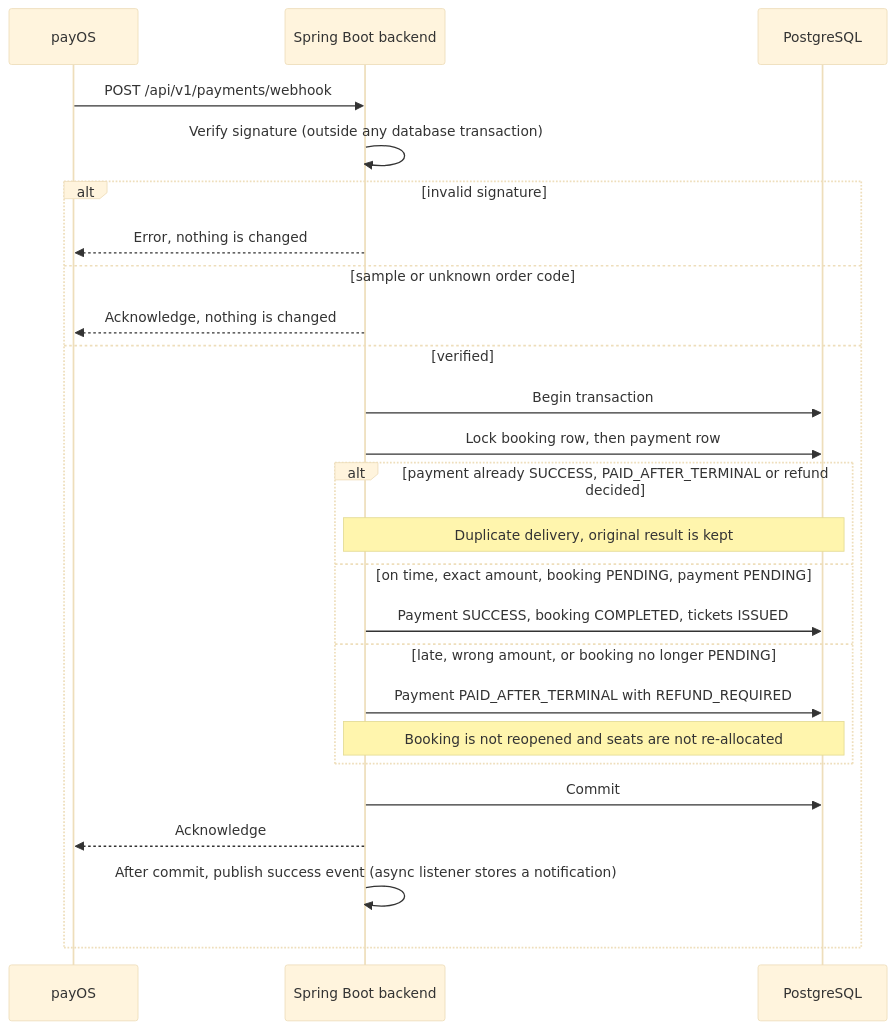
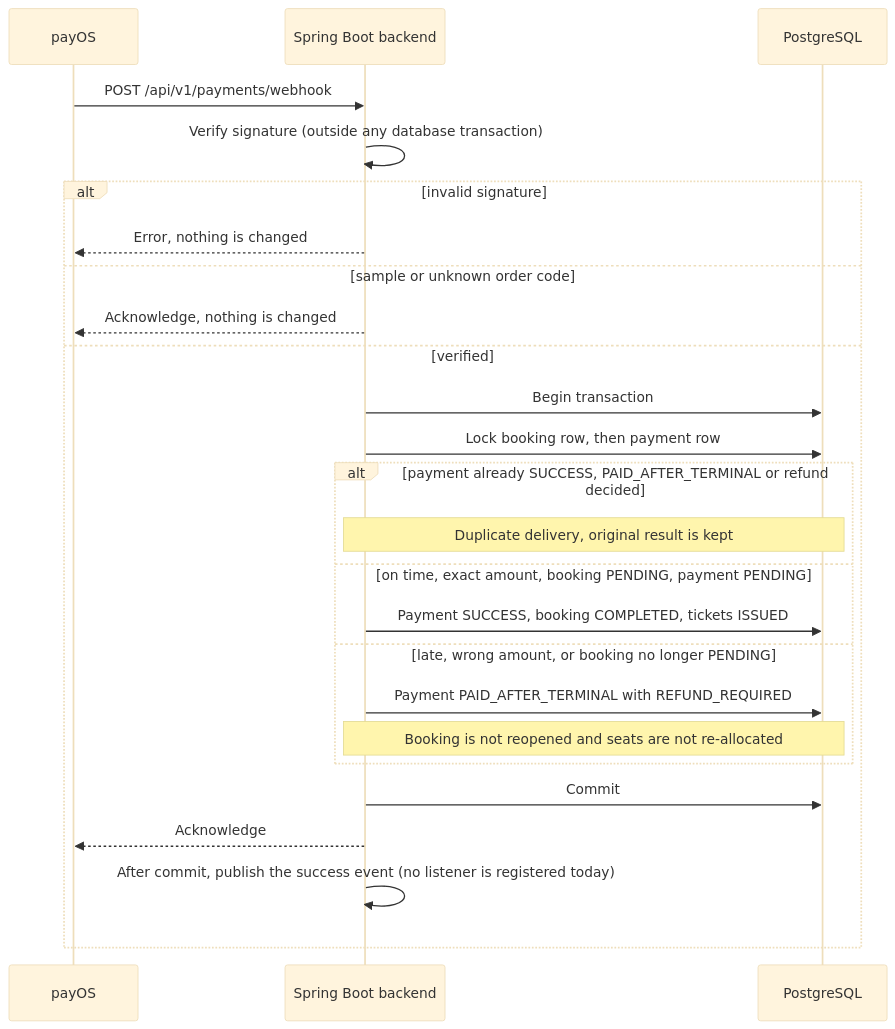
One commit to thannthai/flight-booking-system changed the second of 3 diagrams in docs/05-critical-flows.md. Above: the diagram before and after it, drawn with Mermaid (base theme). The commit also changed 7 other files, not shown here.

````diff
--- a/docs/05-critical-flows.md
+++ b/docs/05-critical-flows.md
@@ -60,28 +60,28 @@
 ```mermaid
 sequenceDiagram
     participant P as payOS
     participant API as Spring Boot backend
     participant DB as PostgreSQL
 
     P->>API: POST /api/v1/payments/webhook
     API->>API: Verify signature (outside any database transaction)
     alt invalid signature
         API-->>P: Error, nothing is changed
     else sample or unknown order code
         API-->>P: Acknowledge, nothing is changed
     else verified
         API->>DB: Begin transaction
         API->>DB: Lock booking row, then payment row
         alt payment already SUCCESS, PAID_AFTER_TERMINAL or refund decided
             Note over API,DB: Duplicate delivery, original result is kept
         else on time, exact amount, booking PENDING, payment PENDING
             API->>DB: Payment SUCCESS, booking COMPLETED, tickets ISSUED
         else late, wrong amount, or booking no longer PENDING
             API->>DB: Payment PAID_AFTER_TERMINAL with REFUND_REQUIRED
             Note over API,DB: Booking is not reopened and seats are not re-allocated
         end
         API->>DB: Commit
         API-->>P: Acknowledge
-        API->>API: After commit, publish success event (async listener stores a notification)
+        API->>API: After commit, publish the success event (no listener is registered today)
     end
 ```
````
